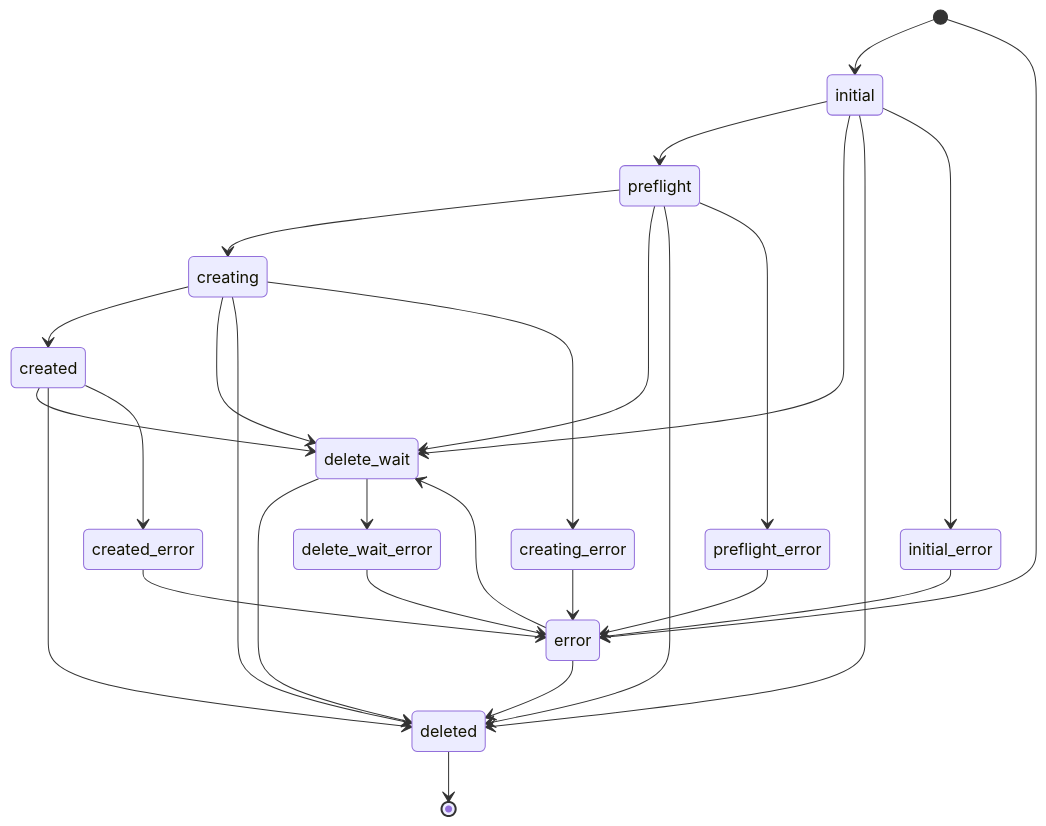
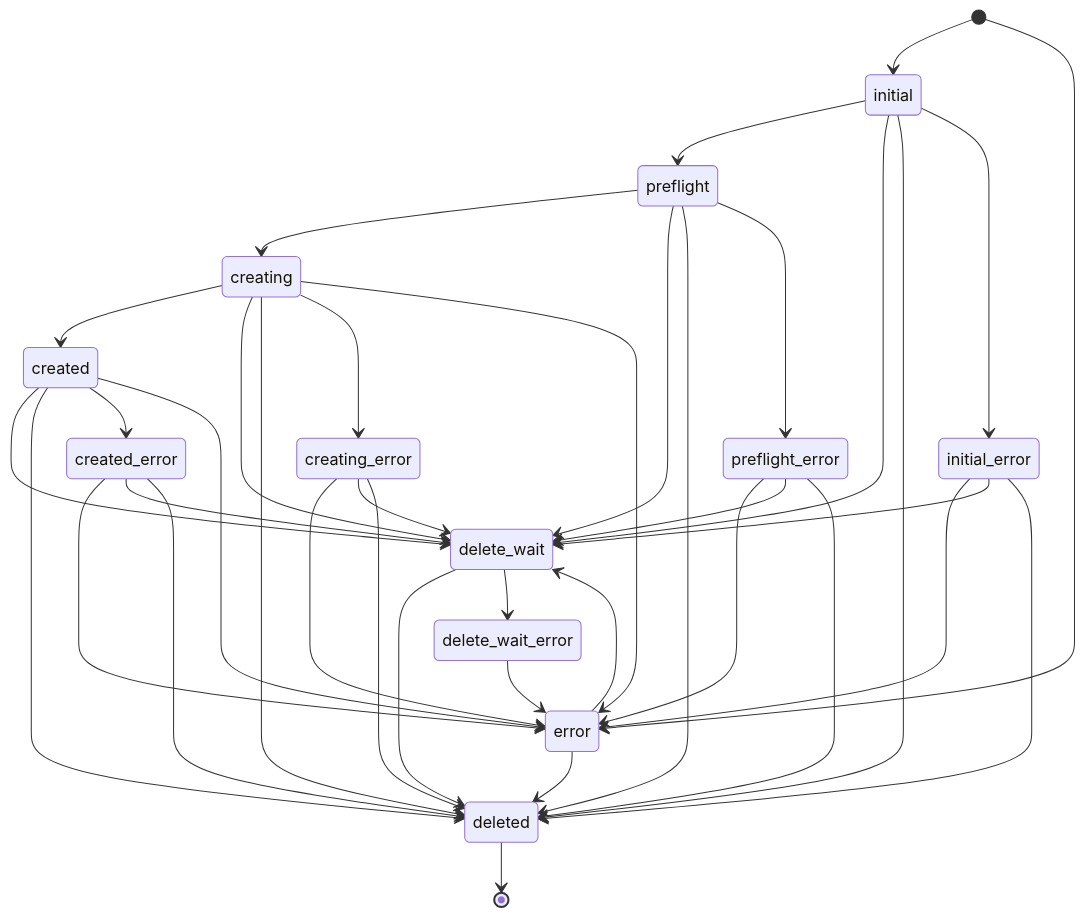
One commit to shakenfist/shakenfist changed the fourth of 9 diagrams in docs/developer_guide/state_machine.md. Above: the diagram before and after it, drawn with Mermaid. The commit also changed other lines of this file and 1 other file, not shown here.

First line of the commit message:
docs: correct node and instance state machine diagrams.

````diff
--- a/docs/developer_guide/state_machine.md
+++ b/docs/developer_guide/state_machine.md
@@ -144,38 +150,48 @@
 ``` mermaid
 stateDiagram-v2
   [*] --> initial
   [*] --> error
 
   initial --> preflight
   initial --> delete_wait
   initial --> deleted
   initial --> initial_error
 
   preflight --> creating
   preflight --> delete_wait
   preflight --> deleted
   preflight --> preflight_error
 
   creating --> created
   creating --> delete_wait
   creating --> deleted
   creating --> creating_error
+  creating --> error
 
   created --> delete_wait
   created --> deleted
   created --> created_error
+  created --> error
 
   initial_error --> error
+  initial_error --> delete_wait
+  initial_error --> deleted
   preflight_error --> error
+  preflight_error --> delete_wait
+  preflight_error --> deleted
   creating_error --> error
+  creating_error --> delete_wait
+  creating_error --> deleted
   created_error --> error
+  created_error --> delete_wait
+  created_error --> deleted
   delete_wait_error --> error
 
   error --> delete_wait
   error --> deleted
 
   delete_wait --> deleted
   delete_wait --> delete_wait_error
 
   deleted --> [*]
 ```
````
